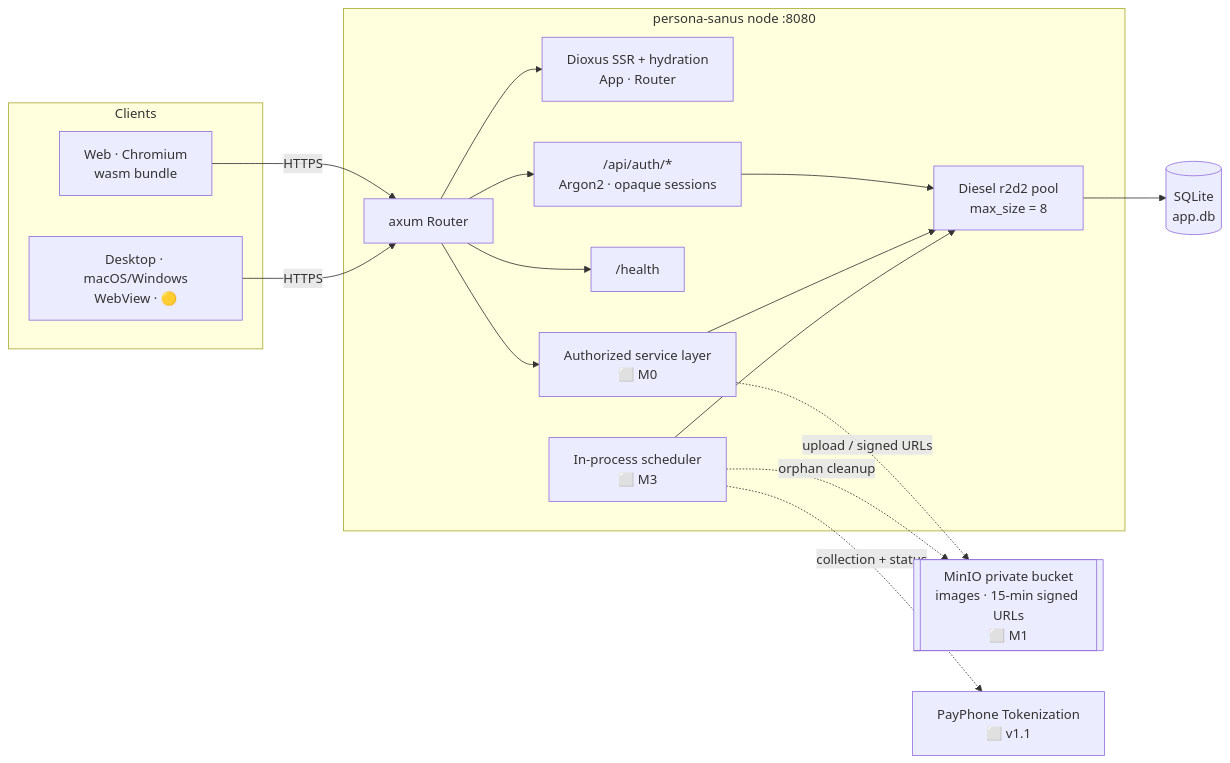
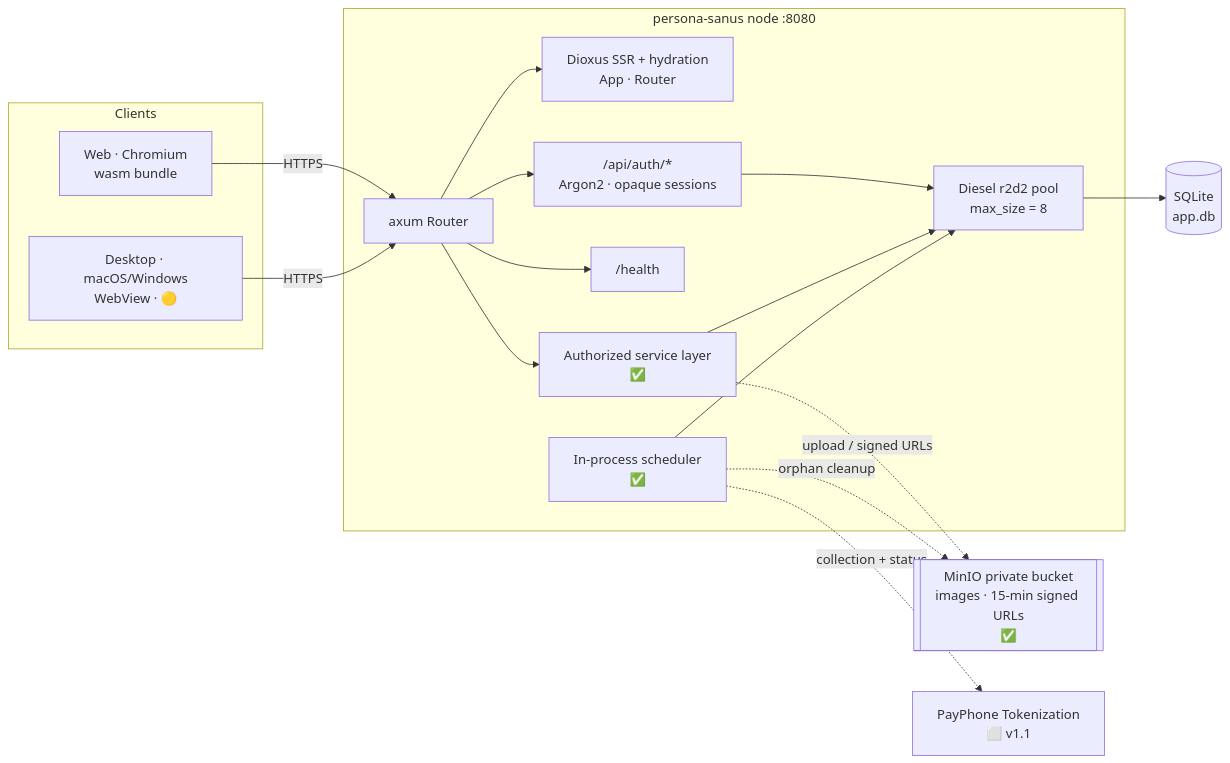
Before and after one commit to serbarla/doctor-prescription: the first of 5 diagrams in context/architecture.md, drawn with Mermaid. The commit also changed other lines of this file and 4 other files, not shown here.

````diff
--- a/context/architecture.md
+++ b/context/architecture.md
@@ -40,35 +40,35 @@
 ```mermaid
 flowchart LR
     subgraph clients["Clients"]
         WEB["Web · Chromium<br/>wasm bundle"]
         DESK["Desktop · macOS/Windows<br/>WebView · 🟡"]
     end
 
     subgraph node["persona-sanus node :8080"]
         ROUTER["axum Router"]
         SSR["Dioxus SSR + hydration<br/>App · Router"]
         AUTH["/api/auth/*<br/>Argon2 · opaque sessions"]
         HEALTH["/health"]
-        SVC["Authorized service layer<br/>⬜ M0"]
-        JOBS["In-process scheduler<br/>⬜ M3"]
+        SVC["Authorized service layer<br/>✅"]
+        JOBS["In-process scheduler<br/>✅"]
         POOL["Diesel r2d2 pool<br/>max_size = 8"]
     end
 
     DB[("SQLite<br/>app.db")]
-    OBJ[["MinIO private bucket<br/>images · 15-min signed URLs<br/>⬜ M1"]]
+    OBJ[["MinIO private bucket<br/>images · 15-min signed URLs<br/>✅"]]
     PAY["PayPhone Tokenization<br/>⬜ v1.1"]
 
     WEB -->|HTTPS| ROUTER
     DESK -->|HTTPS| ROUTER
     ROUTER --> SSR
     ROUTER --> AUTH
     ROUTER --> HEALTH
     ROUTER --> SVC
     AUTH --> POOL
     SVC --> POOL
     JOBS --> POOL
     POOL --> DB
     SVC -. "upload / signed URLs" .-> OBJ
     JOBS -. "collection + status" .-> PAY
     JOBS -. "orphan cleanup" .-> OBJ
 ```
````
